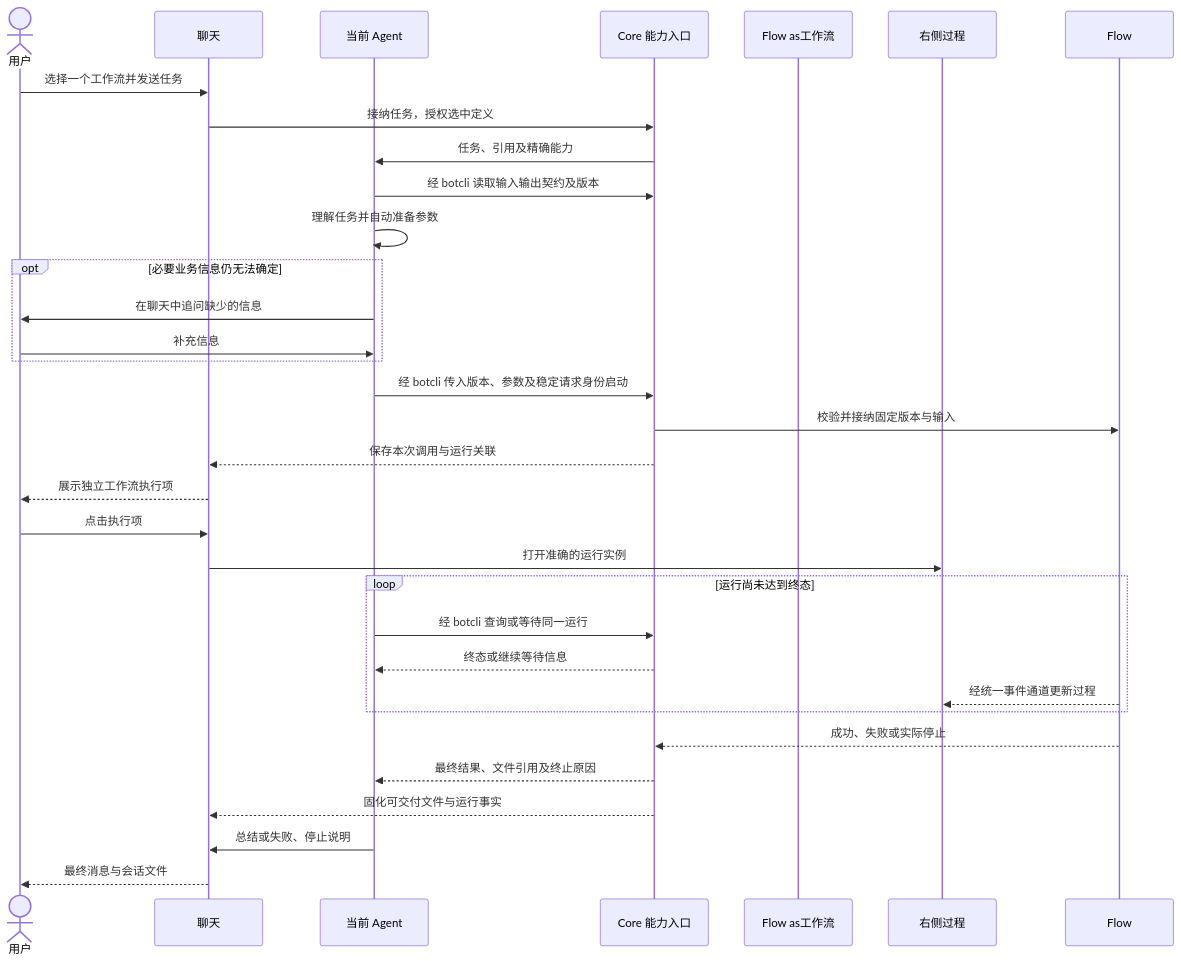
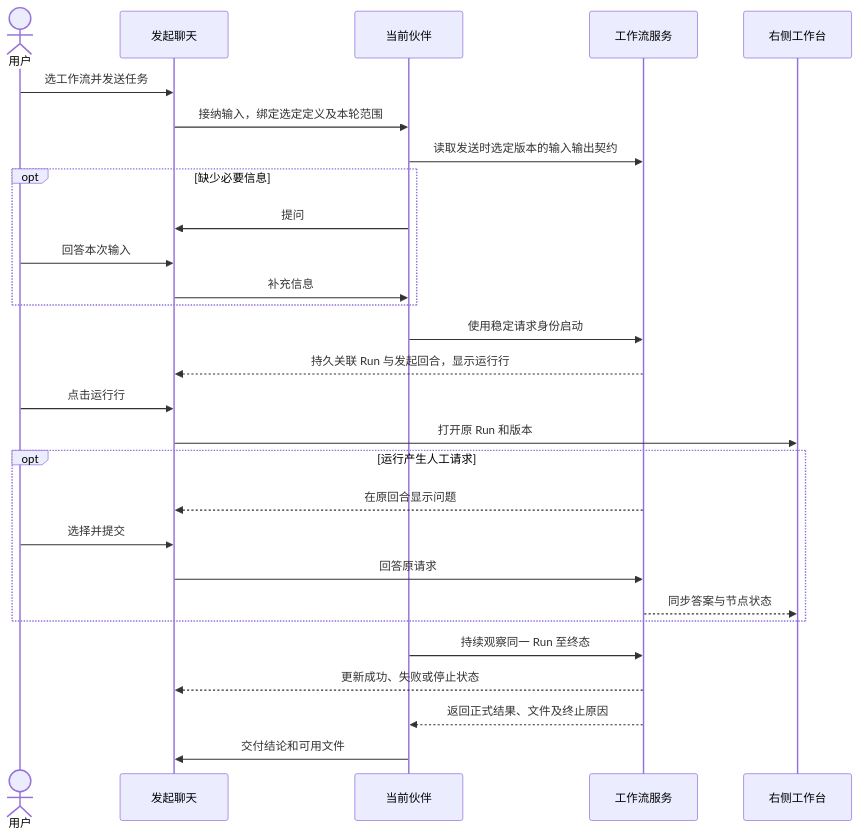
Before and after one commit to JieWaZi/NeuxBot: the diagram in docs/discussions/workflow-agent-chat-cn.md, drawn with Mermaid. The commit also changed other lines of this file and 311 other files, not shown here.

````diff
--- a/docs/discussions/workflow-agent-chat-cn.md
+++ b/docs/discussions/workflow-agent-chat-cn.md
@@ -76,34 +139,30 @@
 ```mermaid
 sequenceDiagram
-  actor User as 用户
-  participant Chat as 聊天
-  participant Agent as 当前 Agent
-  participant Core as Core 能力入口
-  participant Flow as工作流
-  participant Panel as 右侧过程
-  User->>Chat: 选择一个工作流并发送任务
-  Chat->>Core: 接纳任务，授权选中定义
-  Core->>Agent: 任务、引用及精确能力
-  Agent->>Core: 经 botcli 读取输入输出契约及版本
-  Agent->>Agent: 理解任务并自动准备参数
-  opt 必要业务信息仍无法确定
-    Agent->>User: 在聊天中追问缺少的信息
-    User->>Agent: 补充信息
+  actor U as 用户
+  participant C as 发起聊天
+  participant A as 当前伙伴
+  participant W as 工作流服务
+  participant P as 右侧工作台
+  U->>C: 选工作流并发送任务
+  C->>A: 接纳输入，绑定选定定义及本轮范围
+  A->>W: 读取发送时选定版本的输入输出契约
+  opt 缺少必要信息
+    A->>C: 提问
+    U->>C: 回答本次输入
+    C->>A: 补充信息
   end
-  Agent->>Core: 经 botcli 传入版本、参数及稳定请求身份启动
-  Core->>Flow: 校验并接纳固定版本与输入
-  Core-->>Chat: 保存本次调用与运行关联
-  Chat-->>User: 展示独立工作流执行项
-  User->>Chat: 点击执行项
-  Chat->>Panel: 打开准确的运行实例
-  loop 运行尚未达到终态
-    Agent->>Core: 经 botcli 查询或等待同一运行
-    Core-->>Agent: 终态或继续等待信息
-    Flow-->>Panel: 经统一事件通道更新过程
+  A->>W: 使用稳定请求身份启动
+  W-->>C: 持久关联 Run 与发起回合，显示运行行
+  U->>C: 点击运行行
+  C->>P: 打开原 Run 和版本
+  opt 运行产生人工请求
+    W-->>C: 在原回合显示问题
+    U->>C: 选择并提交
+    C->>W: 回答原请求
+    W-->>P: 同步答案与节点状态
   end
-  Flow-->>Core: 成功、失败或实际停止
-  Core-->>Agent: 最终结果、文件引用及终止原因
-  Core-->>Chat: 固化可交付文件与运行事实
-  Agent->>Chat: 总结或失败、停止说明
-  Chat-->>User: 最终消息与会话文件
+  A->>W: 持续观察同一 Run 至终态
+  W-->>C: 更新成功、失败或停止状态
+  W-->>A: 返回正式结果、文件及终止原因
+  A->>C: 交付结论和可用文件
 ```
````
